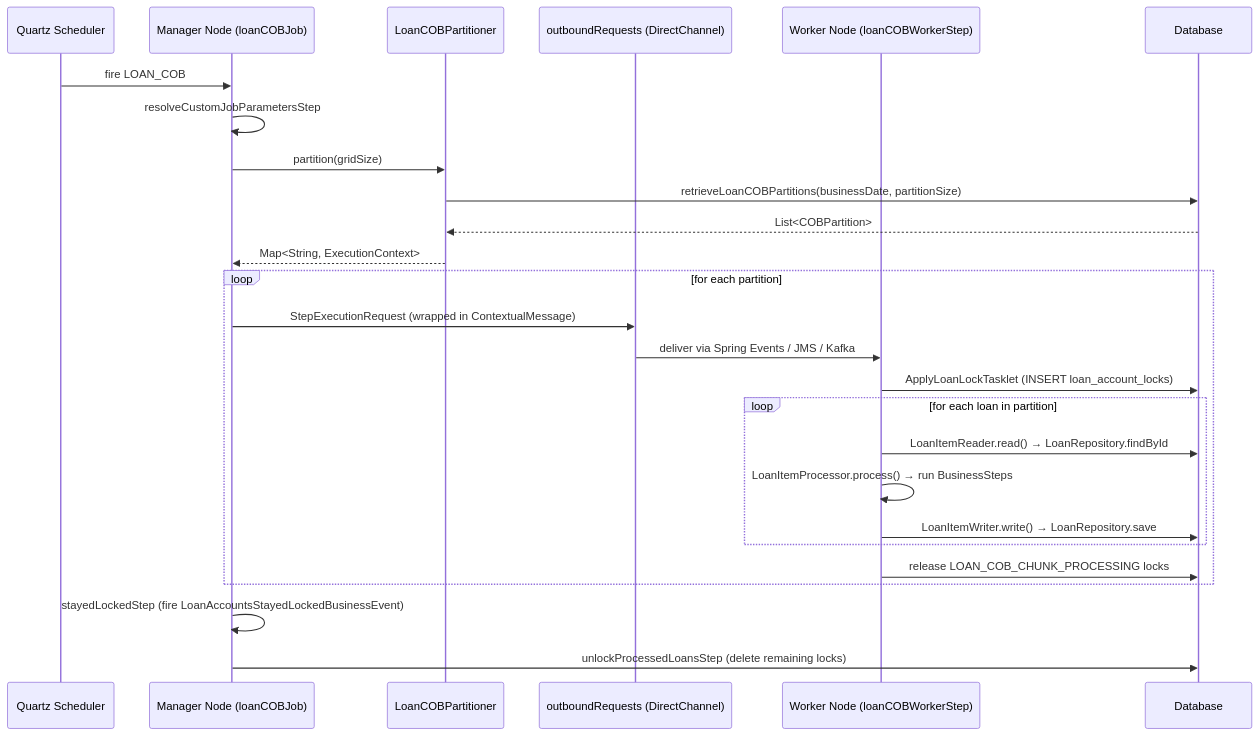
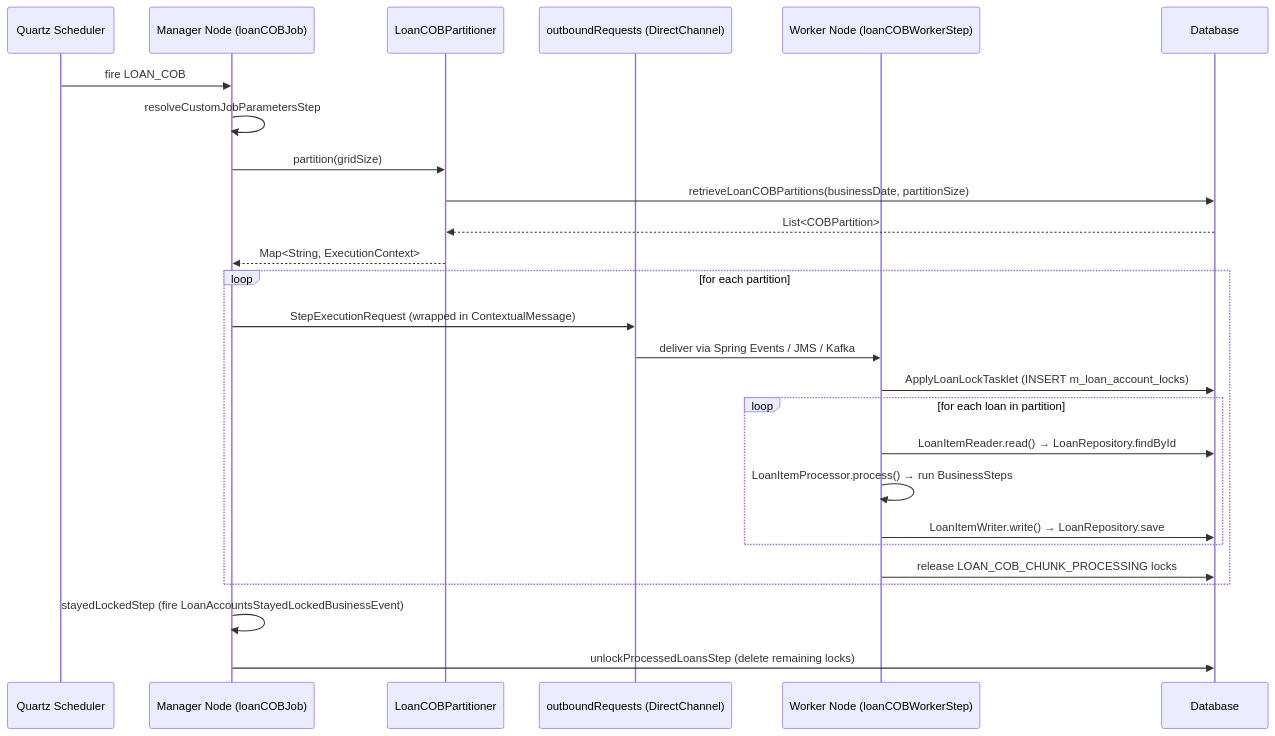
One commit to mintlify-atlas/docs-wiki-01cea823 changed the diagram in jobs/cob-close-of-business.mdx. Above: the diagram before and after it, drawn with Mermaid. The commit also changed other lines of this file and 46 other files, not shown here.

````diff
--- a/jobs/cob-close-of-business.mdx
+++ b/jobs/cob-close-of-business.mdx
@@ -280,29 +280,29 @@
 ```mermaid
 sequenceDiagram
     participant Q as Quartz Scheduler
     participant M as Manager Node (loanCOBJob)
     participant P as LoanCOBPartitioner
     participant CH as outboundRequests (DirectChannel)
     participant W as Worker Node (loanCOBWorkerStep)
     participant DB as Database
 
     Q->>M: fire LOAN_COB
     M->>M: resolveCustomJobParametersStep
     M->>P: partition(gridSize)
     P->>DB: retrieveLoanCOBPartitions(businessDate, partitionSize)
     DB-->>P: List<COBPartition>
     P-->>M: Map<String, ExecutionContext>
     loop for each partition
         M->>CH: StepExecutionRequest (wrapped in ContextualMessage)
         CH->>W: deliver via Spring Events / JMS / Kafka
-        W->>DB: ApplyLoanLockTasklet (INSERT loan_account_locks)
+        W->>DB: ApplyLoanLockTasklet (INSERT m_loan_account_locks)
         loop for each loan in partition
             W->>DB: LoanItemReader.read() → LoanRepository.findById
             W->>W: LoanItemProcessor.process() → run BusinessSteps
             W->>DB: LoanItemWriter.write() → LoanRepository.save
         end
         W->>DB: release LOAN_COB_CHUNK_PROCESSING locks
     end
     M->>M: stayedLockedStep (fire LoanAccountsStayedLockedBusinessEvent)
     M->>DB: unlockProcessedLoansStep (delete remaining locks)
 ```
````
